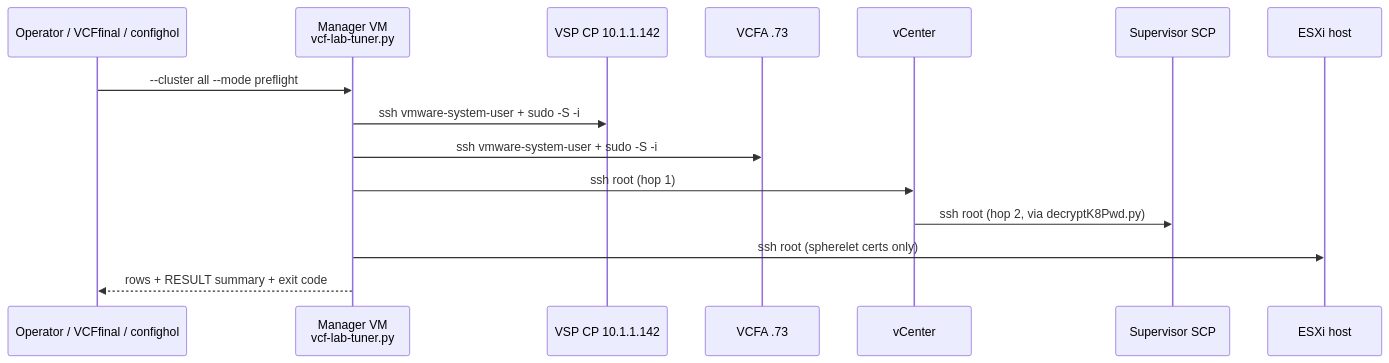
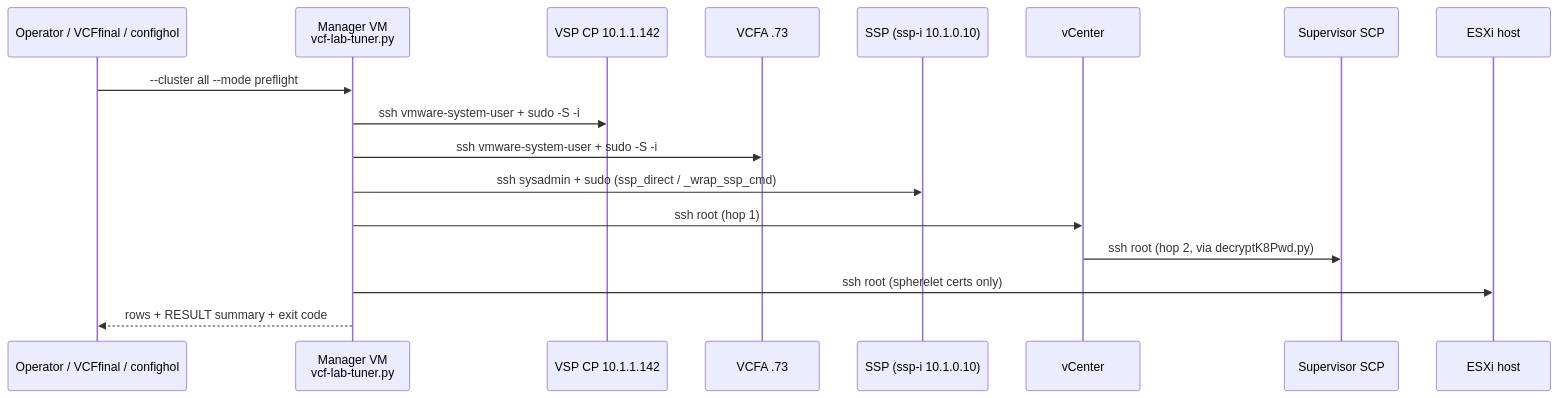
The first of 4 diagrams in Tools/vcf-lab-tuner.md (Broadcom/HOLFY27-MGR-HOLUSER), drawn with Mermaid before and after one commit. The commit also changed other lines of this file, not shown here.

````diff
--- a/Tools/vcf-lab-tuner.md
+++ b/Tools/vcf-lab-tuner.md
@@ -126,18 +149,20 @@
 ```mermaid
 sequenceDiagram
     participant OP as Operator / VCFfinal / confighol
     participant MGR as Manager VM<br/>vcf-lab-tuner.py
     participant VSP as VSP CP 10.1.1.142
     participant VCFA as VCFA .73
+    participant SSP as SSP (ssp-i 10.1.0.10)
     participant VC as vCenter
     participant SCP as Supervisor SCP
     participant ESX as ESXi host
 
     OP->>MGR: --cluster all --mode preflight
     MGR->>VSP: ssh vmware-system-user + sudo -S -i
     MGR->>VCFA: ssh vmware-system-user + sudo -S -i
+    MGR->>SSP: ssh sysadmin + sudo (ssp_direct / _wrap_ssp_cmd)
     MGR->>VC: ssh root (hop 1)
     VC->>SCP: ssh root (hop 2, via decryptK8Pwd.py)
     MGR->>ESX: ssh root (spherelet certs only)
     MGR-->>OP: rows + RESULT summary + exit code
 ```
````
